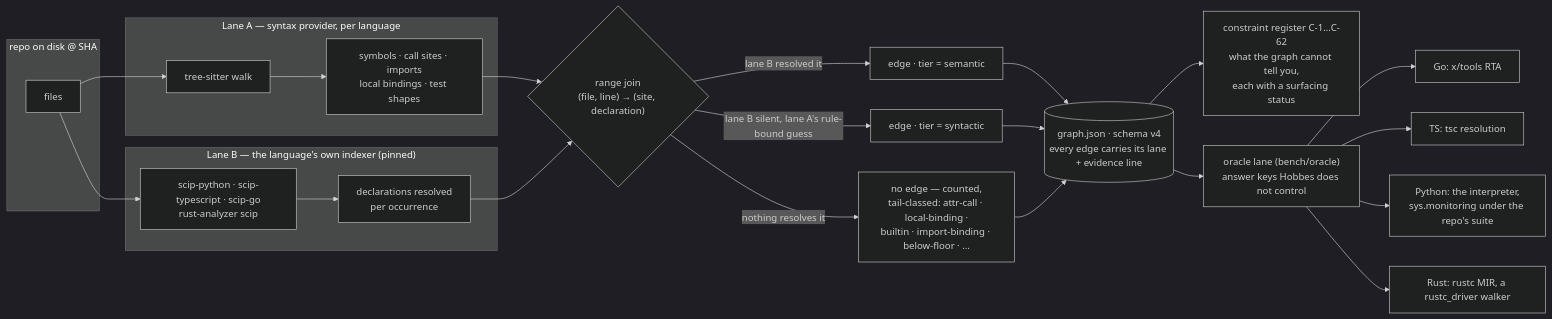
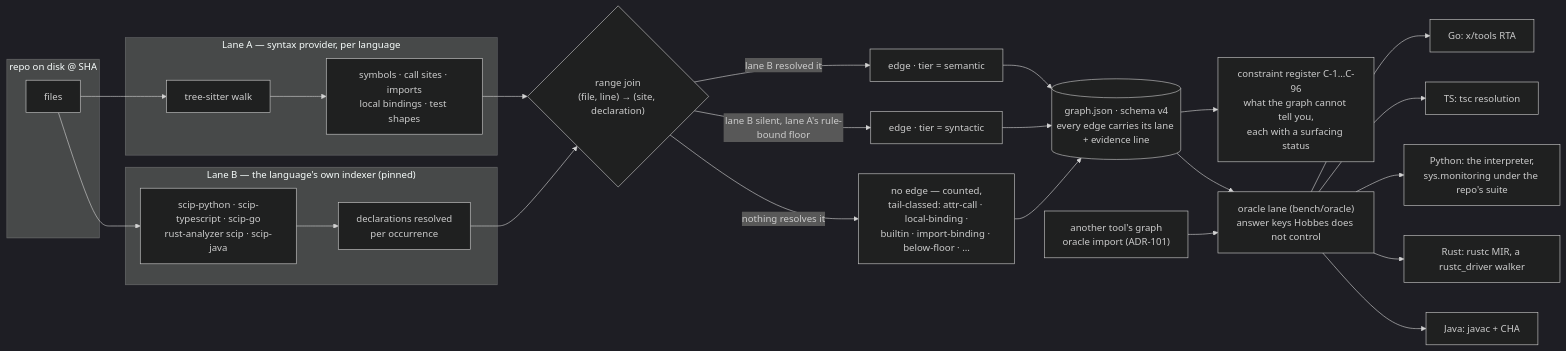
One commit to majax7714/Hobbes changed the first of 2 diagrams in docs/how-hobbes-differs.md. Above: the diagram before and after it, drawn with Mermaid (dark theme). The commit also changed other lines of this file and 63 other files, not shown here.

````diff
--- a/docs/how-hobbes-differs.md
+++ b/docs/how-hobbes-differs.md
@@ -24,28 +33,30 @@
 ```mermaid
 flowchart LR
   subgraph repo["repo on disk @ SHA"]
     F[files]
   end
   subgraph A["Lane A — syntax provider, per language"]
     TS[tree-sitter walk] --> S1[symbols · call sites · imports<br/>local bindings · test shapes]
   end
   subgraph B["Lane B — the language's own indexer (pinned)"]
-    SCIP[scip-python · scip-typescript · scip-go<br/>rust-analyzer scip] --> S2[declarations resolved<br/>per occurrence]
+    SCIP[scip-python · scip-typescript · scip-go<br/>rust-analyzer scip · scip-java] --> S2[declarations resolved<br/>per occurrence]
   end
   F --> TS
   F --> SCIP
   S1 --> J{"range join<br/>(file, line) → (site, declaration)"}
   S2 --> J
   J -->|"lane B resolved it"| SEM["edge · tier = semantic"]
-  J -->|"lane B silent, lane A's rule-bound guess"| SYN["edge · tier = syntactic"]
+  J -->|"lane B silent, lane A's rule-bound floor"| SYN["edge · tier = syntactic"]
   J -->|"nothing resolves it"| TAIL["no edge — counted,<br/>tail-classed: attr-call · local-binding ·<br/>builtin · import-binding · below-floor · …"]
   SEM --> G[(graph.json · schema v4<br/>every edge carries its lane + evidence line)]
   SYN --> G
   TAIL --> G
-  G --> REG["constraint register C-1…C-62<br/>what the graph cannot tell you,<br/>each with a surfacing status"]
+  G --> REG["constraint register C-1…C-96<br/>what the graph cannot tell you,<br/>each with a surfacing status"]
   G --> ORA["oracle lane (bench/oracle)<br/>answer keys Hobbes does not control"]
   ORA --> O1[Go: x/tools RTA]
   ORA --> O2[TS: tsc resolution]
   ORA --> O3[Python: the interpreter,<br/>sys.monitoring under the repo's suite]
   ORA --> O4[Rust: rustc MIR, a rustc_driver walker]
+  ORA --> O5[Java: javac + CHA]
+  FOREIGN["another tool's graph<br/>oracle import (ADR-101)"] --> ORA
 ```
````
